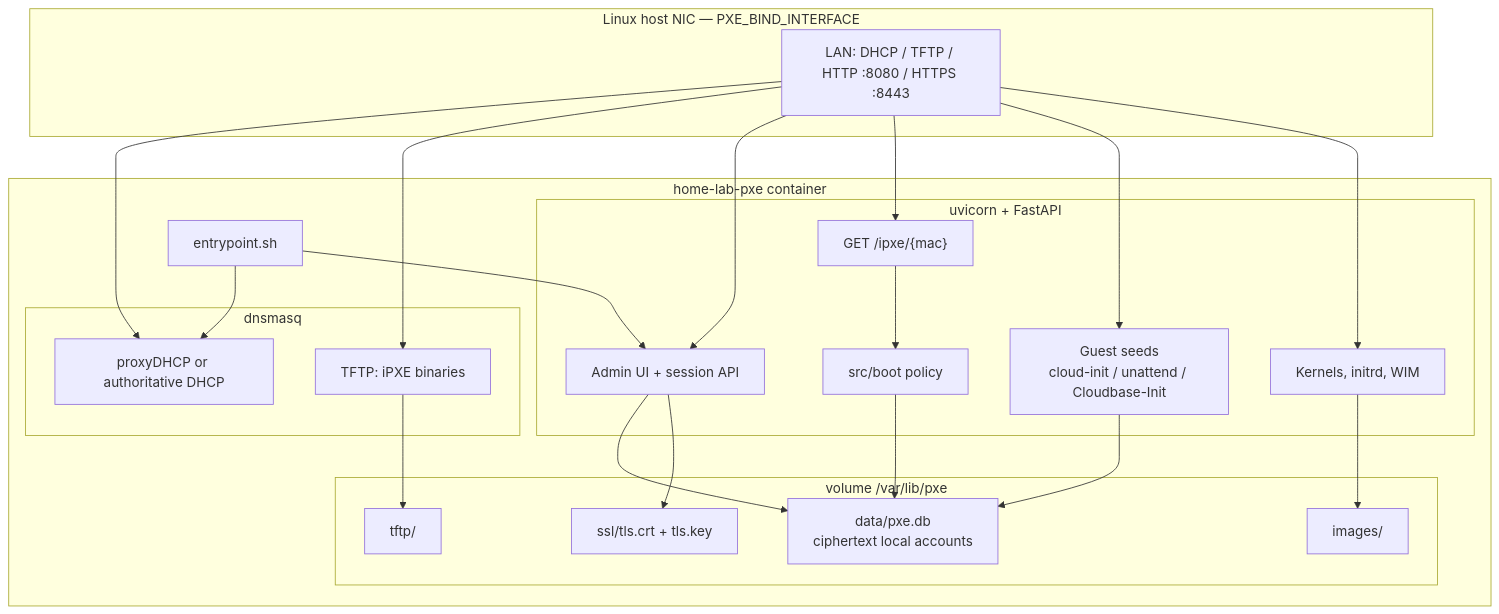
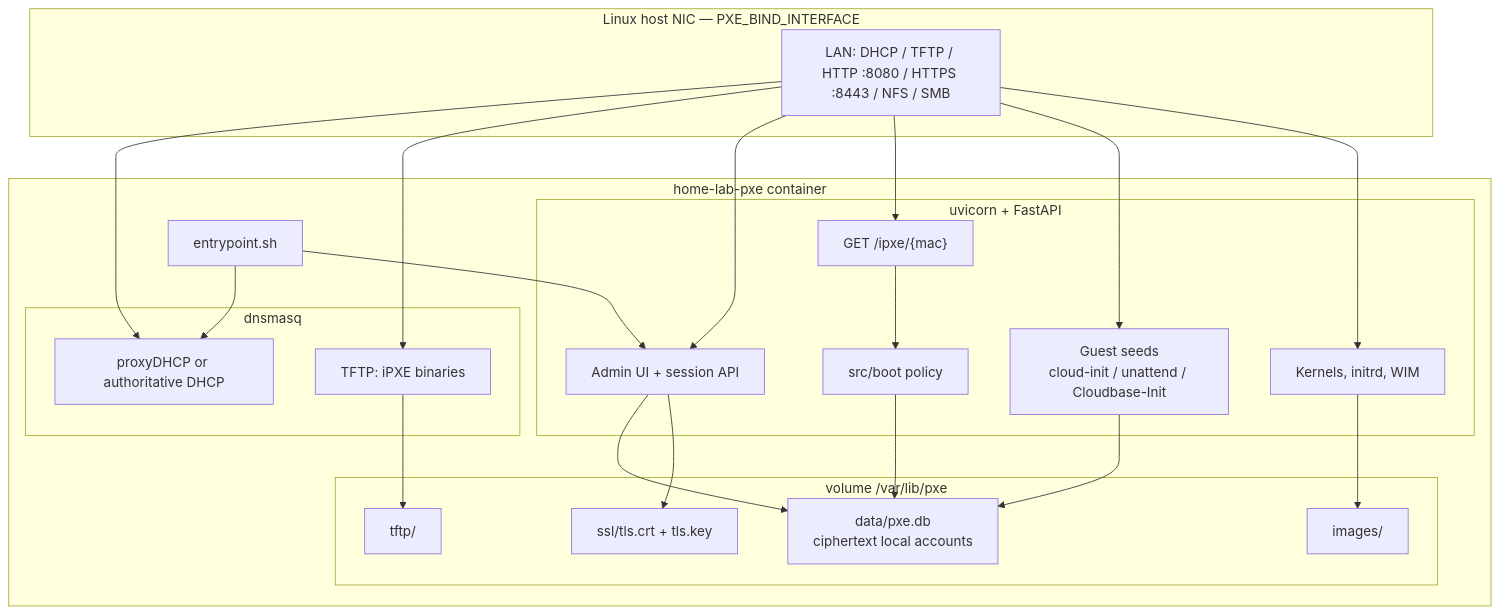
Before and after one commit to hometinker12/home-lab-pxe: the first of 24 diagrams in ARCHITECTURE.md, drawn with Mermaid. The commit also changed other lines of this file and 45 other files, not shown here.

````diff
--- a/ARCHITECTURE.md
+++ b/ARCHITECTURE.md
@@ -9,47 +9,47 @@
 ```mermaid
 flowchart TB
   subgraph host["Linux host NIC — PXE_BIND_INTERFACE"]
-    LAN["LAN: DHCP / TFTP / HTTP :8080 / HTTPS :8443"]
+    LAN["LAN: DHCP / TFTP / HTTP :8080 / HTTPS :8443 / NFS / SMB"]
   end
 
   subgraph ctr["home-lab-pxe container"]
     EP["entrypoint.sh"]
 
     subgraph dns["dnsmasq"]
       DHCP["proxyDHCP or authoritative DHCP"]
       TFTP["TFTP: iPXE binaries"]
     end
 
     subgraph app["uvicorn + FastAPI"]
       UI["Admin UI + session API"]
       IPXE["GET /ipxe/{mac}"]
       SEED["Guest seeds<br/>cloud-init / unattend / Cloudbase-Init"]
       FILES["Kernels, initrd, WIM"]
       POL["src/boot policy"]
     end
 
     subgraph vol["volume /var/lib/pxe"]
       DATA["data/pxe.db<br/>ciphertext local accounts"]
       IMG["images/"]
       TFTPD["tftp/"]
       SSL["ssl/tls.crt + tls.key"]
     end
   end
 
   LAN --> DHCP
   LAN --> TFTP
   LAN --> UI
   LAN --> IPXE
   LAN --> SEED
   LAN --> FILES
 
   EP --> DHCP
   EP --> UI
   IPXE --> POL
   POL --> DATA
   SEED --> DATA
   UI --> DATA
   TFTP --> TFTPD
   FILES --> IMG
   UI --> SSL
 ```
````
